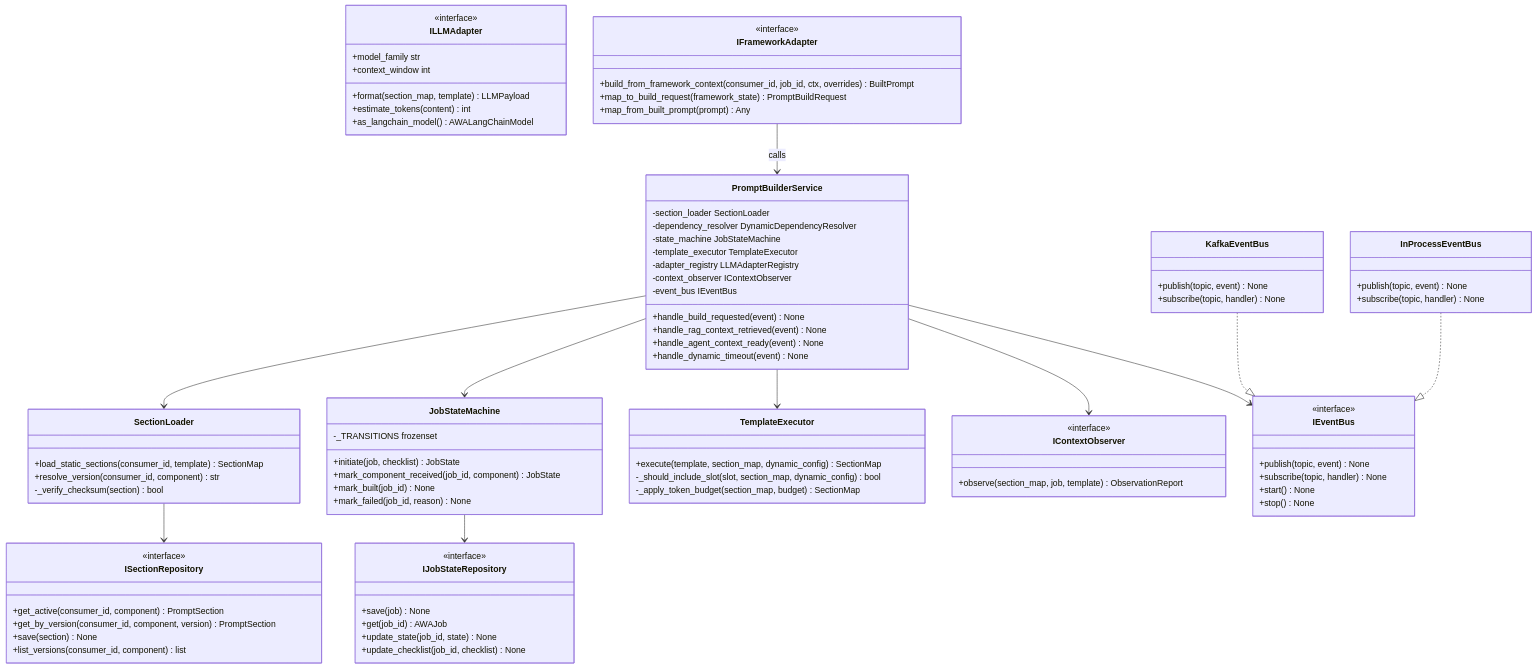
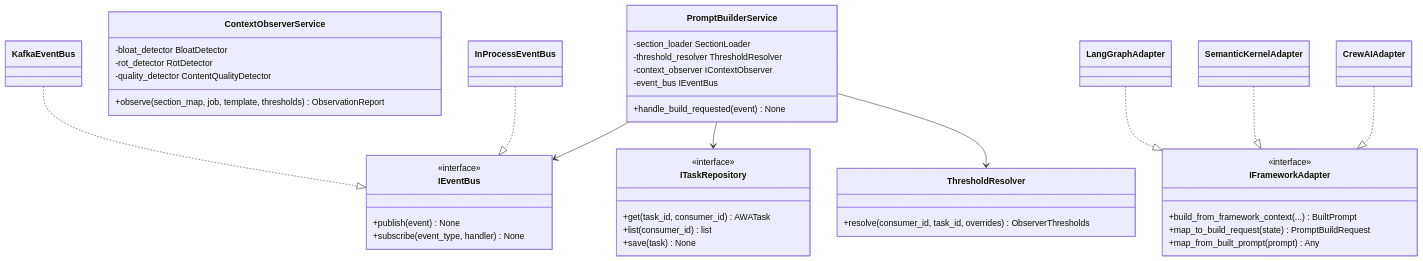
Before and after one commit to Siddharth2908/Prompt_Builder: the second of 8 diagrams in AWA_Prompt_Builder_TDD.md, drawn with Mermaid. The commit also changed other lines of this file, not shown here.

````diff
--- a/AWA_Prompt_Builder_TDD.md
+++ b/AWA_Prompt_Builder_TDD.md
@@ -1561,93 +1461,46 @@
 classDiagram
     direction TB
 
-    class ILLMAdapter {
-        <<interface>>
-        +model_family str
-        +context_window int
-        +format(section_map, template) LLMPayload
-        +estimate_tokens(content) int
-        +as_langchain_model() AWALangChainModel
-    }
     class IEventBus {
         <<interface>>
-        +publish(topic, event) None
-        +subscribe(topic, handler) None
-        +start() None
-        +stop() None
-    }
-    class ISectionRepository {
-        <<interface>>
-        +get_active(consumer_id, component) PromptSection
-        +get_by_version(consumer_id, component, version) PromptSection
-        +save(section) None
-        +list_versions(consumer_id, component) list
-    }
-    class IJobStateRepository {
-        <<interface>>
-        +save(job) None
-        +get(job_id) AWAJob
-        +update_state(job_id, state) None
-        +update_checklist(job_id, checklist) None
-    }
-    class IContextObserver {
-        <<interface>>
-        +observe(section_map, job, template) ObservationReport
+        +publish(event) None
+        +subscribe(event_type, handler) None
     }
     class IFrameworkAdapter {
         <<interface>>
-        +build_from_framework_context(consumer_id, job_id, ctx, overrides) BuiltPrompt
-        +map_to_build_request(framework_state) PromptBuildRequest
+        +build_from_framework_context(...) BuiltPrompt
+        +map_to_build_request(state) PromptBuildRequest
         +map_from_built_prompt(prompt) Any
     }
-
+    class ITaskRepository {
+        <<interface>>
+        +get(task_id, consumer_id) AWATask
+        +list(consumer_id) list
+        +save(task) None
+    }
     class PromptBuilderService {
         -section_loader SectionLoader
-        -dependency_resolver DynamicDependencyResolver
-        -state_machine JobStateMachine
-        -template_executor TemplateExecutor
-        -adapter_registry LLMAdapterRegistry
+        -threshold_resolver ThresholdResolver
         -context_observer IContextObserver
         -event_bus IEventBus
         +handle_build_requested(event) None
-        +handle_rag_context_retrieved(event) None
-        +handle_agent_context_ready(event) None
-        +handle_dynamic_timeout(event) None
     }
-    class SectionLoader {
-        +load_static_sections(consumer_id, template) SectionMap
-        +resolve_version(consumer_id, component) str
-        -_verify_checksum(section) bool
+    class ThresholdResolver {
+        +resolve(consumer_id, task_id, overrides) ObserverThresholds
     }
-    class JobStateMachine {
-        -_TRANSITIONS frozenset
-        +initiate(job, checklist) JobState
-        +mark_component_received(job_id, component) JobState
-        +mark_built(job_id) None
-        +mark_failed(job_id, reason) None
-    }
-    class TemplateExecutor {
-        +execute(template, section_map, dynamic_config) SectionMap
-        -_should_include_slot(slot, section_map, dynamic_config) bool
-        -_apply_token_budget(section_map, budget) SectionMap
-    }
-    class KafkaEventBus {
-        +publish(topic, event) None
-        +subscribe(topic, handler) None
-    }
-    class InProcessEventBus {
-        +publish(topic, event) None
-        +subscribe(topic, handler) None
+    class ContextObserverService {
+        -bloat_detector BloatDetector
+        -rot_detector RotDetector
+        -quality_detector ContentQualityDetector
+        +observe(section_map, job, template, thresholds) ObservationReport
     }
 
-    PromptBuilderService --> SectionLoader
-    PromptBuilderService --> JobStateMachine
-    PromptBuilderService --> TemplateExecutor
-    PromptBuilderService --> IContextObserver
     PromptBuilderService --> IEventBus
-    SectionLoader --> ISectionRepository
-    JobStateMachine --> IJobStateRepository
+    PromptBuilderService --> ITaskRepository
+    PromptBuilderService --> ThresholdResolver
     KafkaEventBus ..|> IEventBus
     InProcessEventBus ..|> IEventBus
-    IFrameworkAdapter --> PromptBuilderService : calls
+    LangGraphAdapter ..|> IFrameworkAdapter
+    SemanticKernelAdapter ..|> IFrameworkAdapter
+    CrewAIAdapter ..|> IFrameworkAdapter
 ```
````
